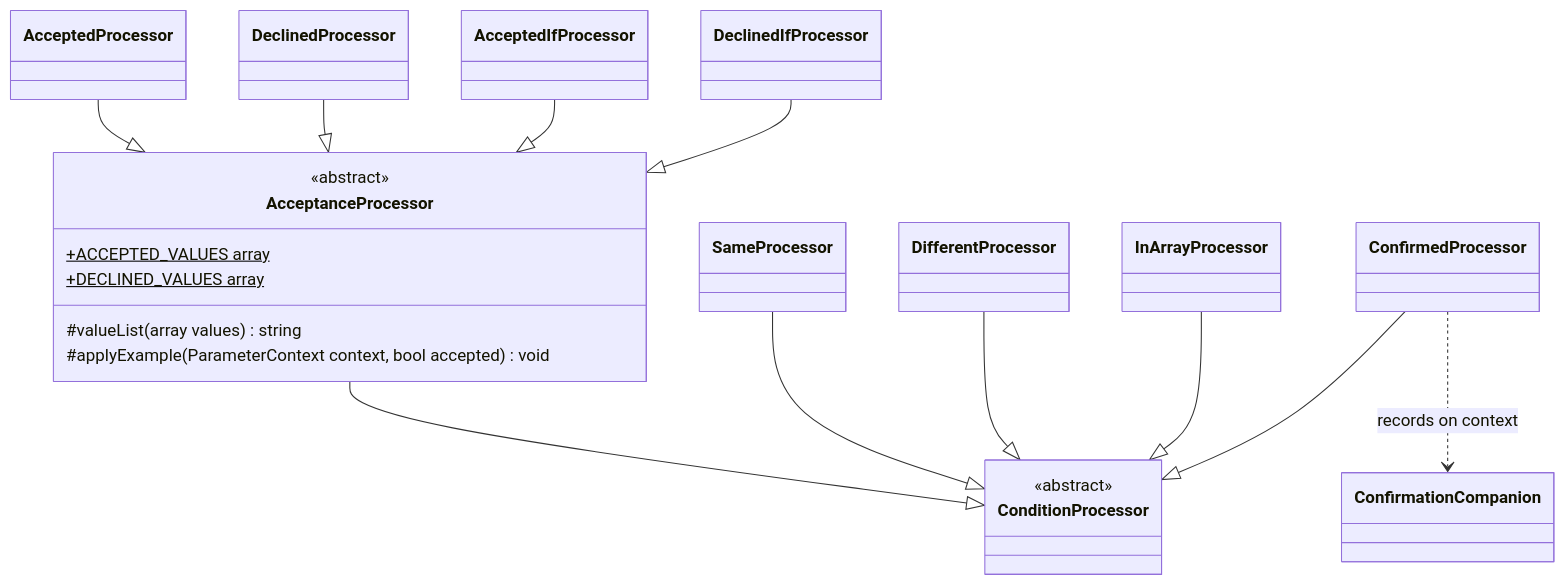
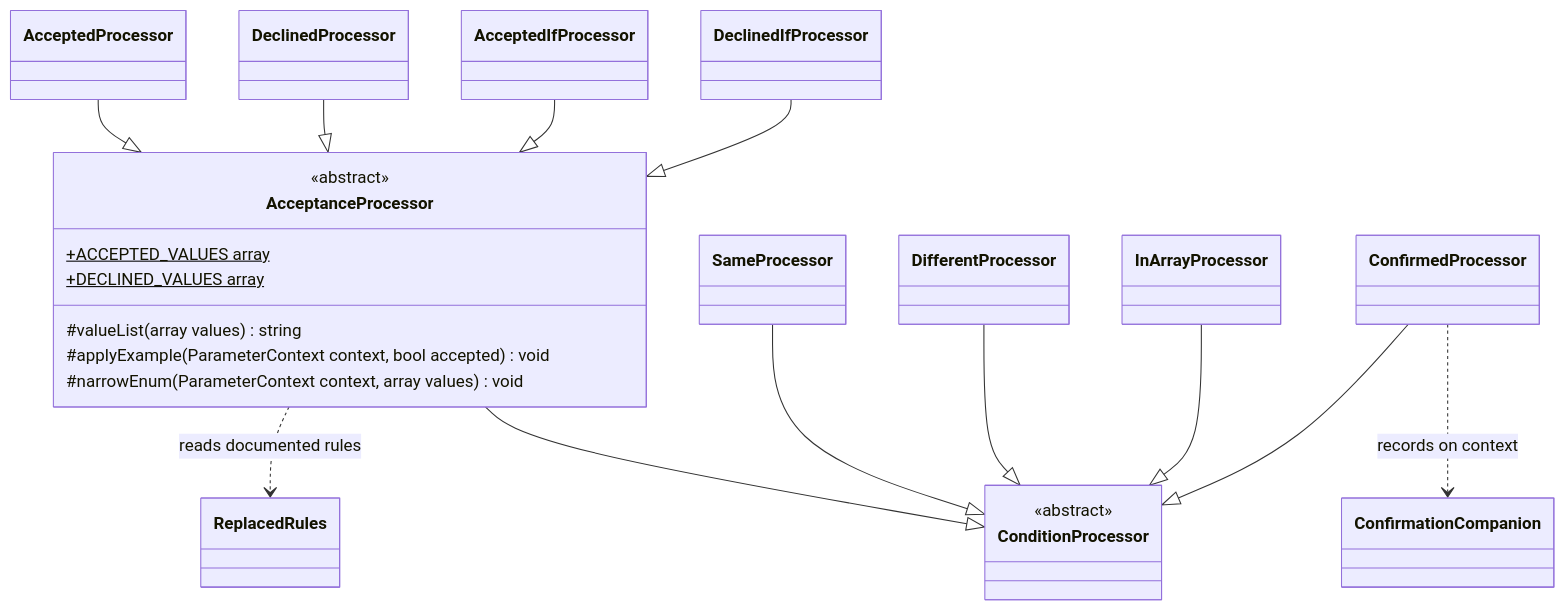
One commit to abrhadev/laravel-data-docs changed the diagram in spdd/prompt/STORY-001-003-202609251859-[Canvas]-family-cross-field-acceptance.md. Above: the diagram before and after it, drawn with Mermaid. The commit also changed other lines of this file and 151 other files, not shown here.

First line of the commit message:
fix!: document validation rules as Laravel reads them, with examples that pass them

````diff
--- a/spdd/prompt/STORY-001-003-202609251859-[Canvas]-family-cross-field-acceptance.md
+++ b/spdd/prompt/STORY-001-003-202609251859-[Canvas]-family-cross-field-acceptance.md
@@ -18,23 +18,25 @@
 ```mermaid
 classDiagram
     class ConditionProcessor {
         <<abstract>>
     }
     class AcceptanceProcessor {
         <<abstract>>
         +ACCEPTED_VALUES array$
         +DECLINED_VALUES array$
         #valueList(array values) string
         #applyExample(ParameterContext context, bool accepted) void
+        #narrowEnum(ParameterContext context, array values) void
     }
     AcceptanceProcessor --|> ConditionProcessor
+    AcceptanceProcessor ..> ReplacedRules : reads documented rules
     SameProcessor --|> ConditionProcessor
     DifferentProcessor --|> ConditionProcessor
     InArrayProcessor --|> ConditionProcessor
     ConfirmedProcessor --|> ConditionProcessor
     ConfirmedProcessor ..> ConfirmationCompanion : records on context
     AcceptedProcessor --|> AcceptanceProcessor
     DeclinedProcessor --|> AcceptanceProcessor
     AcceptedIfProcessor --|> AcceptanceProcessor
     DeclinedIfProcessor --|> AcceptanceProcessor
 ```
````
